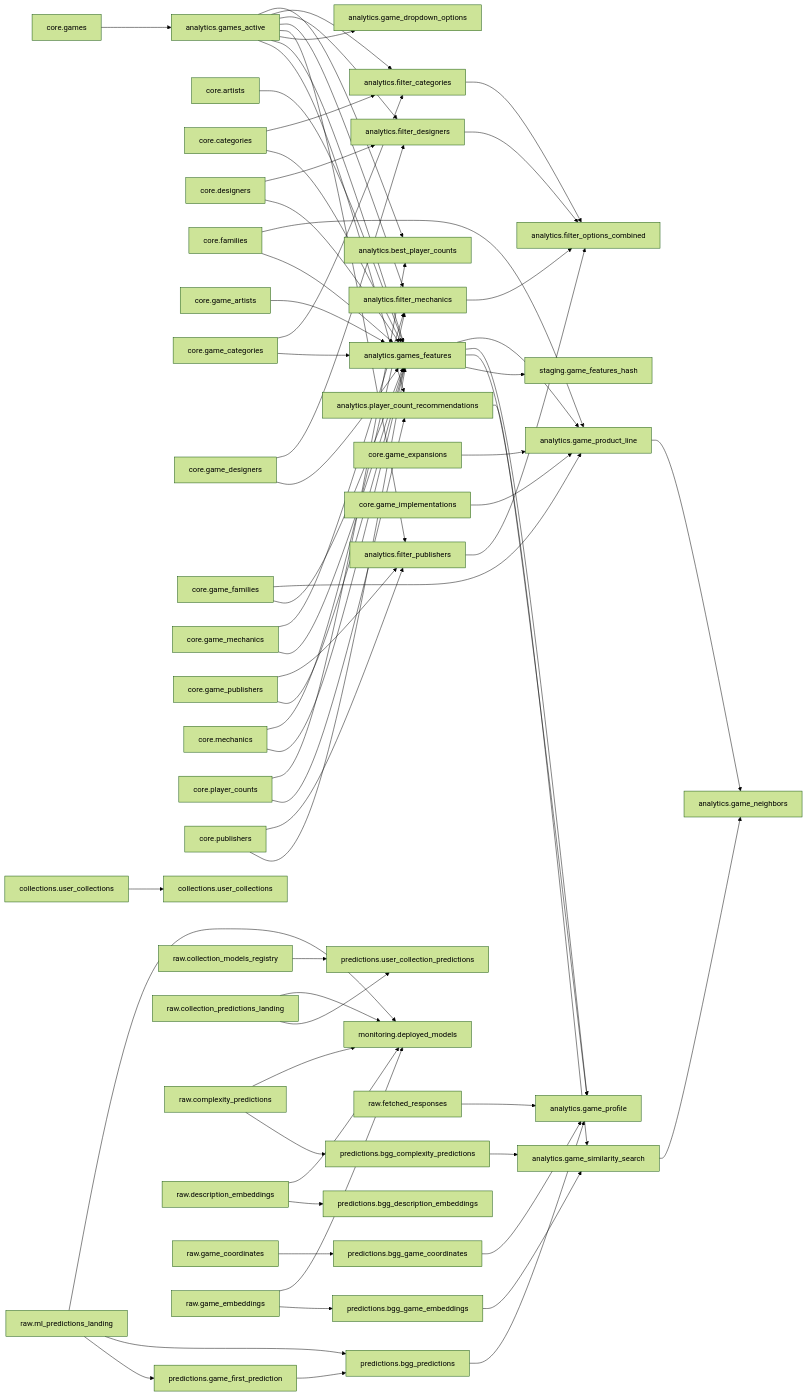
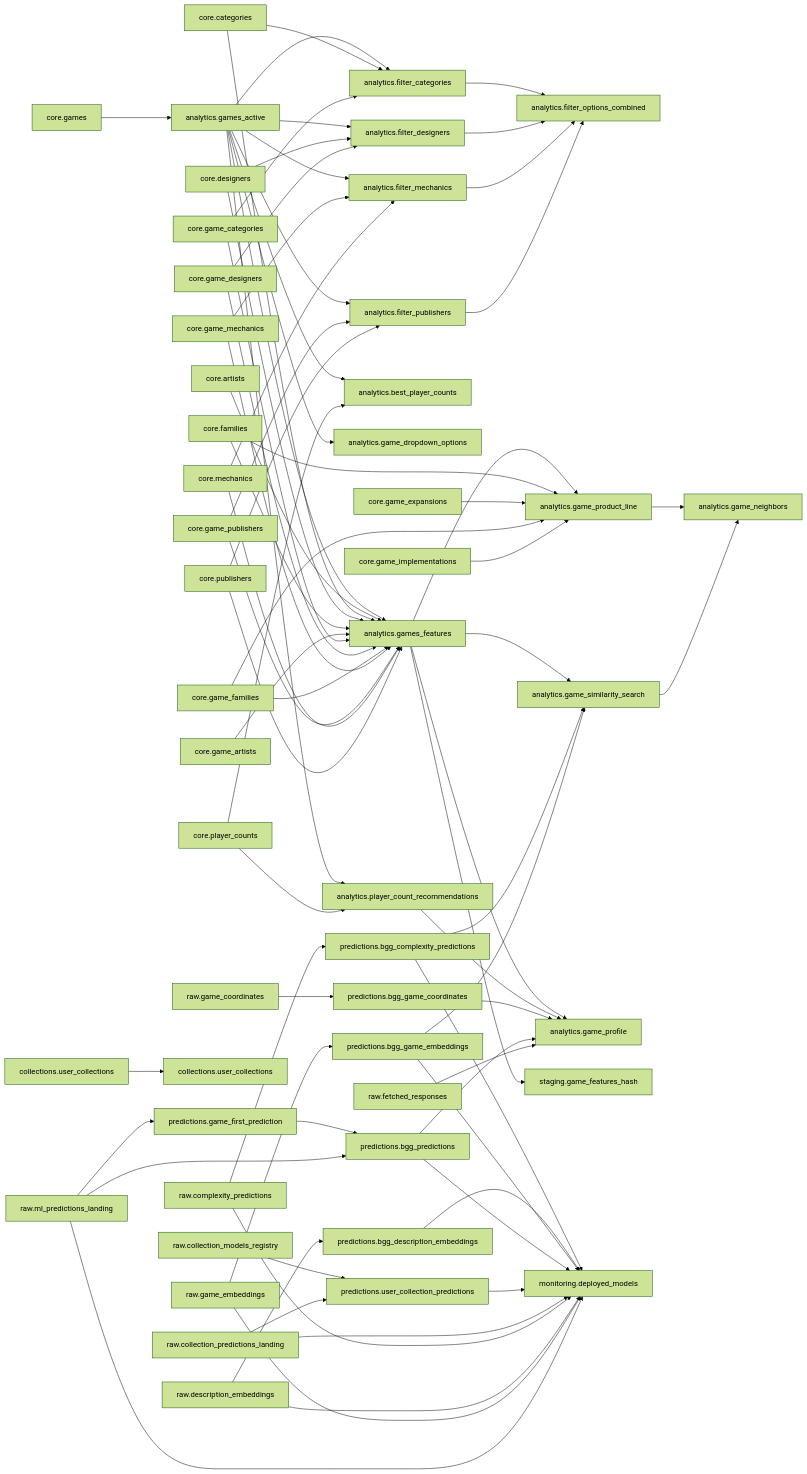
One commit to phenrickson/bgg-data-warehouse changed the diagram in docs/lineage.md. Above: the diagram before and after it, drawn with Mermaid (forest theme). The commit also changed 1 other file, not shown here.

Commit message:
Update Dataform lineage diagram [skip ci]

````diff
--- a/docs/lineage.md
+++ b/docs/lineage.md
@@ -3,69 +3,74 @@
 ```mermaid
 graph LR
     bgg_data_warehouse_analytics_filter_categories["analytics.filter_categories"] --> bgg_data_warehouse_analytics_filter_options_combined["analytics.filter_options_combined"]
     bgg_data_warehouse_analytics_filter_designers["analytics.filter_designers"] --> bgg_data_warehouse_analytics_filter_options_combined["analytics.filter_options_combined"]
     bgg_data_warehouse_analytics_filter_mechanics["analytics.filter_mechanics"] --> bgg_data_warehouse_analytics_filter_options_combined["analytics.filter_options_combined"]
     bgg_data_warehouse_analytics_filter_publishers["analytics.filter_publishers"] --> bgg_data_warehouse_analytics_filter_options_combined["analytics.filter_options_combined"]
     bgg_data_warehouse_analytics_game_product_line["analytics.game_product_line"] --> bgg_data_warehouse_analytics_game_neighbors["analytics.game_neighbors"]
     bgg_data_warehouse_analytics_game_similarity_search["analytics.game_similarity_search"] --> bgg_data_warehouse_analytics_game_neighbors["analytics.game_neighbors"]
     bgg_data_warehouse_analytics_games_active["analytics.games_active"] --> bgg_data_warehouse_analytics_best_player_counts["analytics.best_player_counts"]
     bgg_data_warehouse_analytics_games_active["analytics.games_active"] --> bgg_data_warehouse_analytics_filter_categories["analytics.filter_categories"]
     bgg_data_warehouse_analytics_games_active["analytics.games_active"] --> bgg_data_warehouse_analytics_filter_designers["analytics.filter_designers"]
     bgg_data_warehouse_analytics_games_active["analytics.games_active"] --> bgg_data_warehouse_analytics_filter_mechanics["analytics.filter_mechanics"]
     bgg_data_warehouse_analytics_games_active["analytics.games_active"] --> bgg_data_warehouse_analytics_filter_publishers["analytics.filter_publishers"]
     bgg_data_warehouse_analytics_games_active["analytics.games_active"] --> bgg_data_warehouse_analytics_game_dropdown_options["analytics.game_dropdown_options"]
     bgg_data_warehouse_analytics_games_active["analytics.games_active"] --> bgg_data_warehouse_analytics_games_features["analytics.games_features"]
     bgg_data_warehouse_analytics_games_active["analytics.games_active"] --> bgg_data_warehouse_analytics_player_count_recommendations["analytics.player_count_recommendations"]
     bgg_data_warehouse_analytics_games_features["analytics.games_features"] --> bgg_data_warehouse_analytics_game_product_line["analytics.game_product_line"]
     bgg_data_warehouse_analytics_games_features["analytics.games_features"] --> bgg_data_warehouse_analytics_game_profile["analytics.game_profile"]
     bgg_data_warehouse_analytics_games_features["analytics.games_features"] --> bgg_data_warehouse_analytics_game_similarity_search["analytics.game_similarity_search"]
     bgg_data_warehouse_analytics_games_features["analytics.games_features"] --> bgg_data_warehouse_staging_game_features_hash["staging.game_features_hash"]
     bgg_data_warehouse_analytics_player_count_recommendations["analytics.player_count_recommendations"] --> bgg_data_warehouse_analytics_game_profile["analytics.game_profile"]
     bgg_data_warehouse_core_artists["core.artists"] --> bgg_data_warehouse_analytics_games_features["analytics.games_features"]
     bgg_data_warehouse_core_categories["core.categories"] --> bgg_data_warehouse_analytics_filter_categories["analytics.filter_categories"]
     bgg_data_warehouse_core_categories["core.categories"] --> bgg_data_warehouse_analytics_games_features["analytics.games_features"]
     bgg_data_warehouse_core_designers["core.designers"] --> bgg_data_warehouse_analytics_filter_designers["analytics.filter_designers"]
     bgg_data_warehouse_core_designers["core.designers"] --> bgg_data_warehouse_analytics_games_features["analytics.games_features"]
     bgg_data_warehouse_core_families["core.families"] --> bgg_data_warehouse_analytics_game_product_line["analytics.game_product_line"]
     bgg_data_warehouse_core_families["core.families"] --> bgg_data_warehouse_analytics_games_features["analytics.games_features"]
     bgg_data_warehouse_core_game_artists["core.game_artists"] --> bgg_data_warehouse_analytics_games_features["analytics.games_features"]
     bgg_data_warehouse_core_game_categories["core.game_categories"] --> bgg_data_warehouse_analytics_filter_categories["analytics.filter_categories"]
     bgg_data_warehouse_core_game_categories["core.game_categories"] --> bgg_data_warehouse_analytics_games_features["analytics.games_features"]
     bgg_data_warehouse_core_game_designers["core.game_designers"] --> bgg_data_warehouse_analytics_filter_designers["analytics.filter_designers"]
     bgg_data_warehouse_core_game_designers["core.game_designers"] --> bgg_data_warehouse_analytics_games_features["analytics.games_features"]
     bgg_data_warehouse_core_game_expansions["core.game_expansions"] --> bgg_data_warehouse_analytics_game_product_line["analytics.game_product_line"]
     bgg_data_warehouse_core_game_families["core.game_families"] --> bgg_data_warehouse_analytics_game_product_line["analytics.game_product_line"]
     bgg_data_warehouse_core_game_families["core.game_families"] --> bgg_data_warehouse_analytics_games_features["analytics.games_features"]
     bgg_data_warehouse_core_game_implementations["core.game_implementations"] --> bgg_data_warehouse_analytics_game_product_line["analytics.game_product_line"]
     bgg_data_warehouse_core_game_mechanics["core.game_mechanics"] --> bgg_data_warehouse_analytics_filter_mechanics["analytics.filter_mechanics"]
     bgg_data_warehouse_core_game_mechanics["core.game_mechanics"] --> bgg_data_warehouse_analytics_games_features["analytics.games_features"]
     bgg_data_warehouse_core_game_publishers["core.game_publishers"] --> bgg_data_warehouse_analytics_filter_publishers["analytics.filter_publishers"]
     bgg_data_warehouse_core_game_publishers["core.game_publishers"] --> bgg_data_warehouse_analytics_games_features["analytics.games_features"]
     bgg_data_warehouse_core_games["core.games"] --> bgg_data_warehouse_analytics_games_active["analytics.games_active"]
     bgg_data_warehouse_core_mechanics["core.mechanics"] --> bgg_data_warehouse_analytics_filter_mechanics["analytics.filter_mechanics"]
     bgg_data_warehouse_core_mechanics["core.mechanics"] --> bgg_data_warehouse_analytics_games_features["analytics.games_features"]
     bgg_data_warehouse_core_player_counts["core.player_counts"] --> bgg_data_warehouse_analytics_best_player_counts["analytics.best_player_counts"]
     bgg_data_warehouse_core_player_counts["core.player_counts"] --> bgg_data_warehouse_analytics_player_count_recommendations["analytics.player_count_recommendations"]
     bgg_data_warehouse_core_publishers["core.publishers"] --> bgg_data_warehouse_analytics_filter_publishers["analytics.filter_publishers"]
     bgg_data_warehouse_core_publishers["core.publishers"] --> bgg_data_warehouse_analytics_games_features["analytics.games_features"]
     bgg_data_warehouse_predictions_bgg_complexity_predictions["predictions.bgg_complexity_predictions"] --> bgg_data_warehouse_analytics_game_similarity_search["analytics.game_similarity_search"]
+    bgg_data_warehouse_predictions_bgg_complexity_predictions["predictions.bgg_complexity_predictions"] --> bgg_data_warehouse_monitoring_deployed_models["monitoring.deployed_models"]
+    bgg_data_warehouse_predictions_bgg_description_embeddings["predictions.bgg_description_embeddings"] --> bgg_data_warehouse_monitoring_deployed_models["monitoring.deployed_models"]
     bgg_data_warehouse_predictions_bgg_game_coordinates["predictions.bgg_game_coordinates"] --> bgg_data_warehouse_analytics_game_profile["analytics.game_profile"]
     bgg_data_warehouse_predictions_bgg_game_embeddings["predictions.bgg_game_embeddings"] --> bgg_data_warehouse_analytics_game_similarity_search["analytics.game_similarity_search"]
+    bgg_data_warehouse_predictions_bgg_game_embeddings["predictions.bgg_game_embeddings"] --> bgg_data_warehouse_monitoring_deployed_models["monitoring.deployed_models"]
     bgg_data_warehouse_predictions_bgg_predictions["predictions.bgg_predictions"] --> bgg_data_warehouse_analytics_game_profile["analytics.game_profile"]
+    bgg_data_warehouse_predictions_bgg_predictions["predictions.bgg_predictions"] --> bgg_data_warehouse_monitoring_deployed_models["monitoring.deployed_models"]
     bgg_data_warehouse_predictions_game_first_prediction["predictions.game_first_prediction"] --> bgg_data_warehouse_predictions_bgg_predictions["predictions.bgg_predictions"]
+    bgg_data_warehouse_predictions_user_collection_predictions["predictions.user_collection_predictions"] --> bgg_data_warehouse_monitoring_deployed_models["monitoring.deployed_models"]
     bgg_data_warehouse_raw_fetched_responses["raw.fetched_responses"] --> bgg_data_warehouse_analytics_game_profile["analytics.game_profile"]
     bgg_predictive_models_collections_user_collections["collections.user_collections"] --> bgg_data_warehouse_collections_user_collections["collections.user_collections"]
     bgg_predictive_models_raw_collection_models_registry["raw.collection_models_registry"] --> bgg_data_warehouse_predictions_user_collection_predictions["predictions.user_collection_predictions"]
     bgg_predictive_models_raw_collection_predictions_landing["raw.collection_predictions_landing"] --> bgg_data_warehouse_monitoring_deployed_models["monitoring.deployed_models"]
     bgg_predictive_models_raw_collection_predictions_landing["raw.collection_predictions_landing"] --> bgg_data_warehouse_predictions_user_collection_predictions["predictions.user_collection_predictions"]
     bgg_predictive_models_raw_complexity_predictions["raw.complexity_predictions"] --> bgg_data_warehouse_monitoring_deployed_models["monitoring.deployed_models"]
     bgg_predictive_models_raw_complexity_predictions["raw.complexity_predictions"] --> bgg_data_warehouse_predictions_bgg_complexity_predictions["predictions.bgg_complexity_predictions"]
     bgg_predictive_models_raw_description_embeddings["raw.description_embeddings"] --> bgg_data_warehouse_monitoring_deployed_models["monitoring.deployed_models"]
     bgg_predictive_models_raw_description_embeddings["raw.description_embeddings"] --> bgg_data_warehouse_predictions_bgg_description_embeddings["predictions.bgg_description_embeddings"]
     bgg_predictive_models_raw_game_coordinates["raw.game_coordinates"] --> bgg_data_warehouse_predictions_bgg_game_coordinates["predictions.bgg_game_coordinates"]
     bgg_predictive_models_raw_game_embeddings["raw.game_embeddings"] --> bgg_data_warehouse_monitoring_deployed_models["monitoring.deployed_models"]
     bgg_predictive_models_raw_game_embeddings["raw.game_embeddings"] --> bgg_data_warehouse_predictions_bgg_game_embeddings["predictions.bgg_game_embeddings"]
     bgg_predictive_models_raw_ml_predictions_landing["raw.ml_predictions_landing"] --> bgg_data_warehouse_monitoring_deployed_models["monitoring.deployed_models"]
     bgg_predictive_models_raw_ml_predictions_landing["raw.ml_predictions_landing"] --> bgg_data_warehouse_predictions_bgg_predictions["predictions.bgg_predictions"]
     bgg_predictive_models_raw_ml_predictions_landing["raw.ml_predictions_landing"] --> bgg_data_warehouse_predictions_game_first_prediction["predictions.game_first_prediction"]
 ```
````
